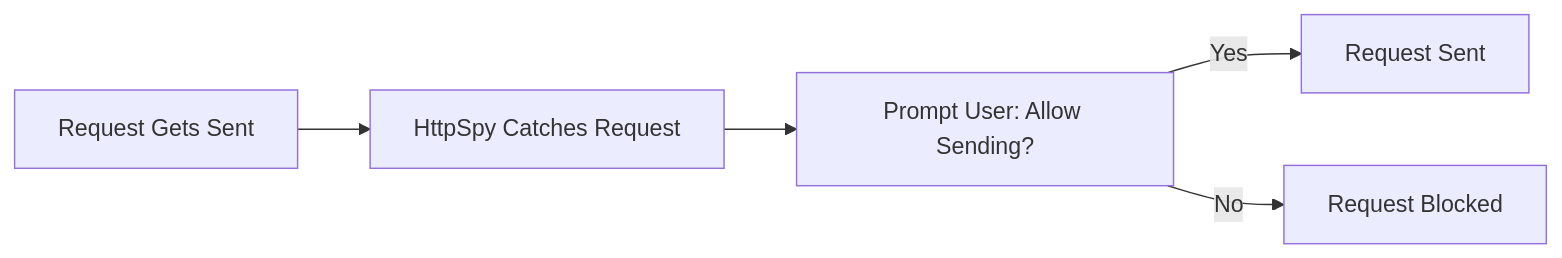
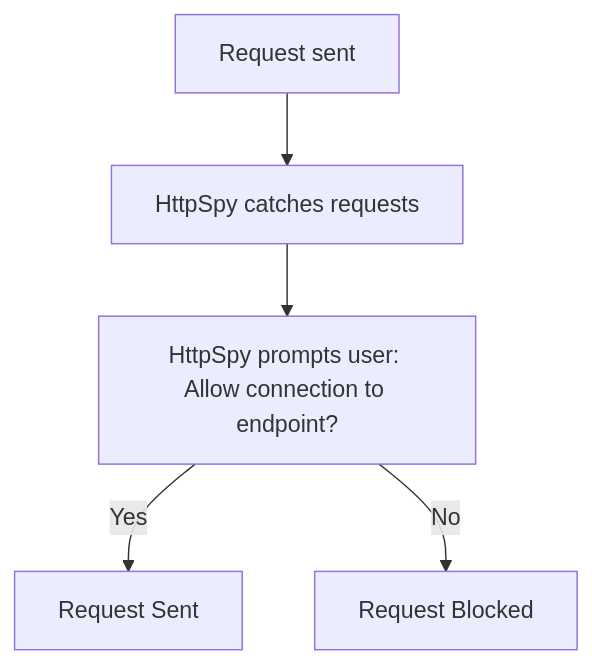
One commit to RazAPI/Luau-HttpSpy changed the diagram in README.md. Above: the diagram before and after it, drawn with Mermaid.

````diff
--- a/README.md
+++ b/README.md
@@ -4,7 +4,7 @@
 ```mermaid
-graph LR
-A[Request Gets Sent] --> B[HttpSpy Catches Request]
-B --> C[Prompt User: Allow Sending?]
+graph TD
+A[Request sent] --> B[HttpSpy catches requests]
+B --> C[HttpSpy prompts user: Allow connection to endpoint?]
 C -->|Yes| D[Request Sent]
 C -->|No| E[Request Blocked]
 ```
````
